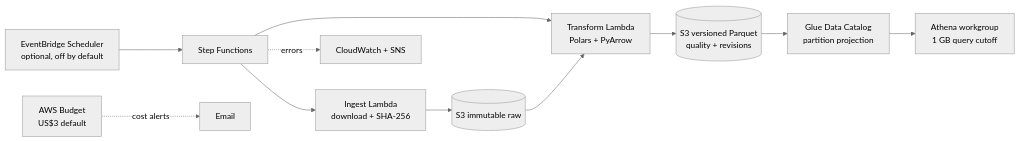
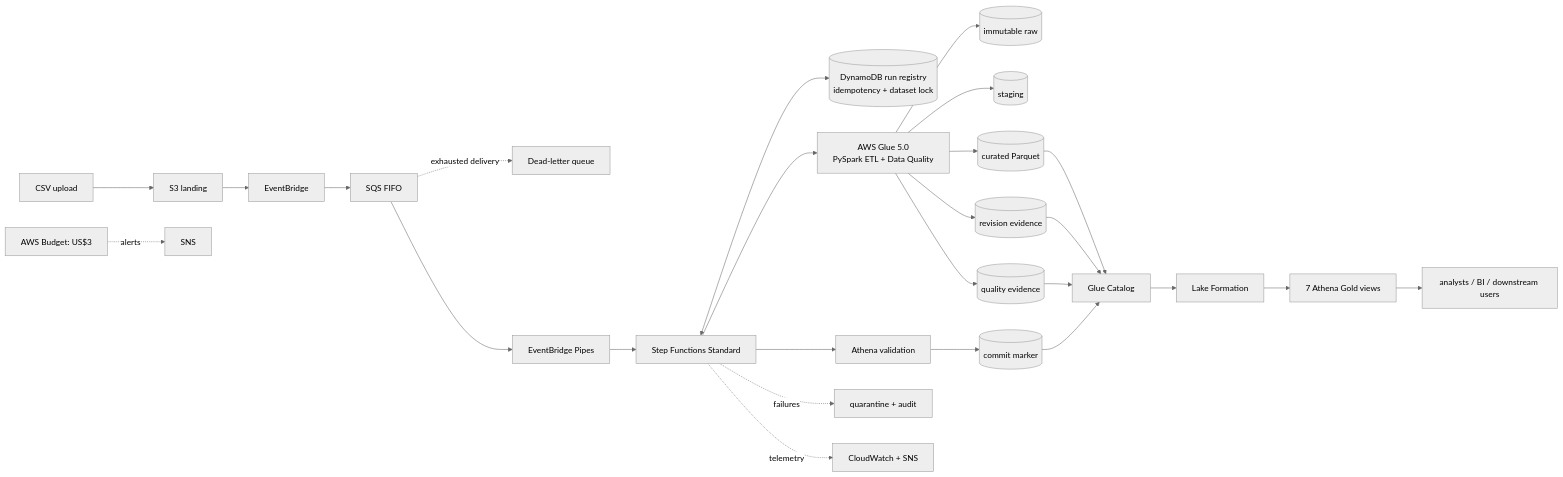
Before and after one commit to liyang6620/nz-migration-data-pipeline-aws: the diagram in README.md, drawn with Mermaid (neutral theme). The commit also changed other lines of this file and 33 other files, not shown here.

Commit message:
feat: build event-driven AWS data product

````diff
--- a/README.md
+++ b/README.md
@@ -38,13 +22,28 @@
-```mermaid
+~~~mermaid
 flowchart LR
-    EB[EventBridge Scheduler<br/>optional, off by default] --> SF[Step Functions]
-    SF --> LI[Ingest Lambda<br/>download + SHA-256]
-    LI --> RAW[(S3 immutable raw)]
-    SF --> LT[Transform Lambda<br/>Polars + PyArrow]
-    RAW --> LT
-    LT --> CUR[(S3 versioned Parquet<br/>quality + revisions)]
-    CUR --> GC[Glue Data Catalog<br/>partition projection]
-    GC --> ATH[Athena workgroup<br/>1 GB query cutoff]
-    SF -. errors .-> CW[CloudWatch + SNS]
-    BUD[AWS Budget<br/>US$3 default] -. cost alerts .-> SNS[Email]
-```
+    U[CSV upload] --> L[S3 landing]
+    L --> EB[EventBridge]
+    EB --> Q[SQS FIFO]
+    Q -. exhausted delivery .-> DLQ[Dead-letter queue]
+    Q --> P[EventBridge Pipes]
+    P --> SF[Step Functions Standard]
+    SF <--> DDB[(DynamoDB run registry<br/>idempotency + dataset lock)]
+    SF --> G[AWS Glue 5.0<br/>PySpark ETL + Data Quality]
+    G --> RAW[(immutable raw)]
+    G --> STG[(staging)]
+    G --> CUR[(curated Parquet)]
+    G --> REV[(revision evidence)]
+    G --> DQ[(quality evidence)]
+    SF --> ATH[Athena validation]
+    ATH --> COMMIT[(commit marker)]
+    COMMIT --> CAT[Glue Catalog]
+    CUR --> CAT
+    REV --> CAT
+    DQ --> CAT
+    CAT --> LF[Lake Formation]
+    LF --> GOLD[7 Athena Gold views]
+    GOLD --> C[analysts / BI / downstream users]
+    SF -. failures .-> QUAR[quarantine + audit]
+    SF -. telemetry .-> CW[CloudWatch + SNS]
+    BUD[AWS Budget: US$3] -. alerts .-> SNS
+~~~
````
